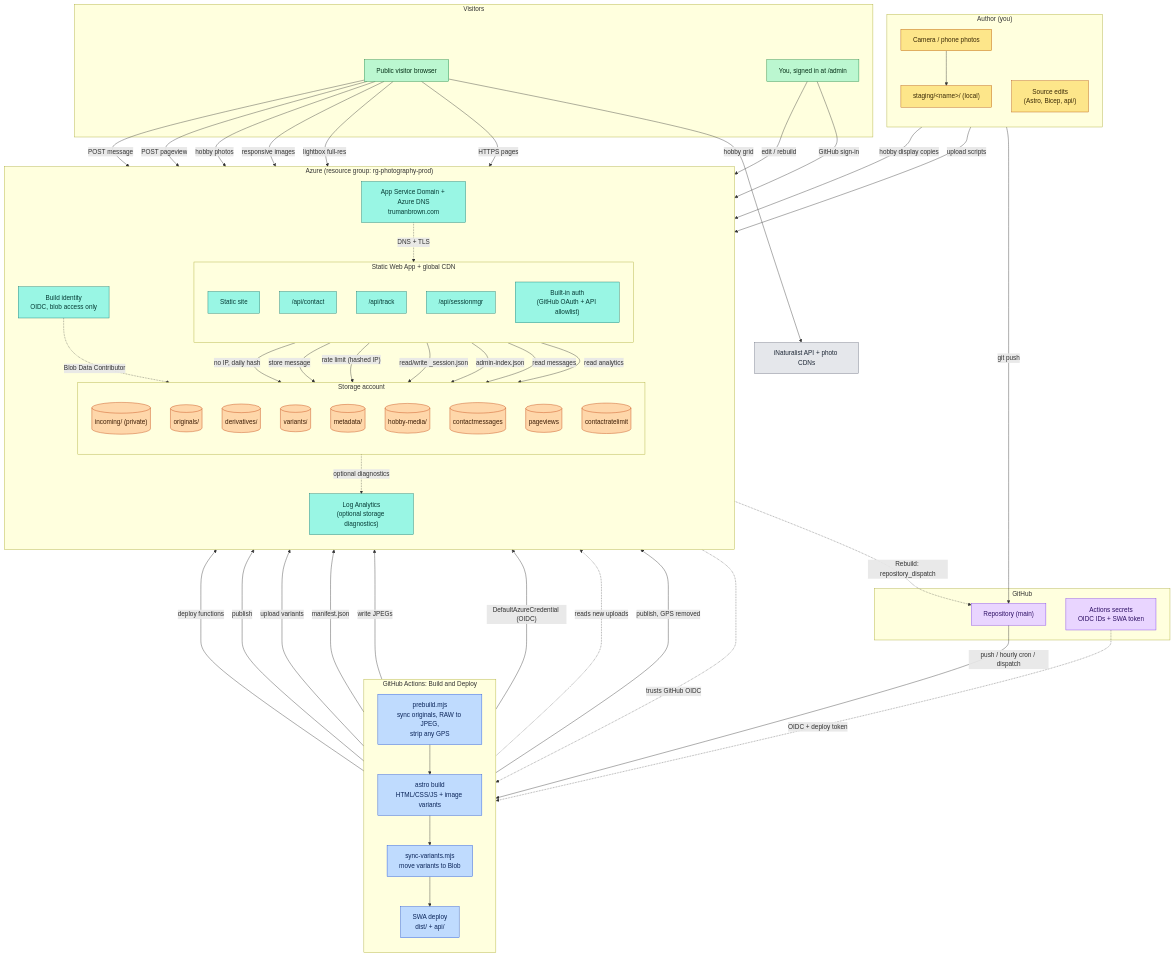
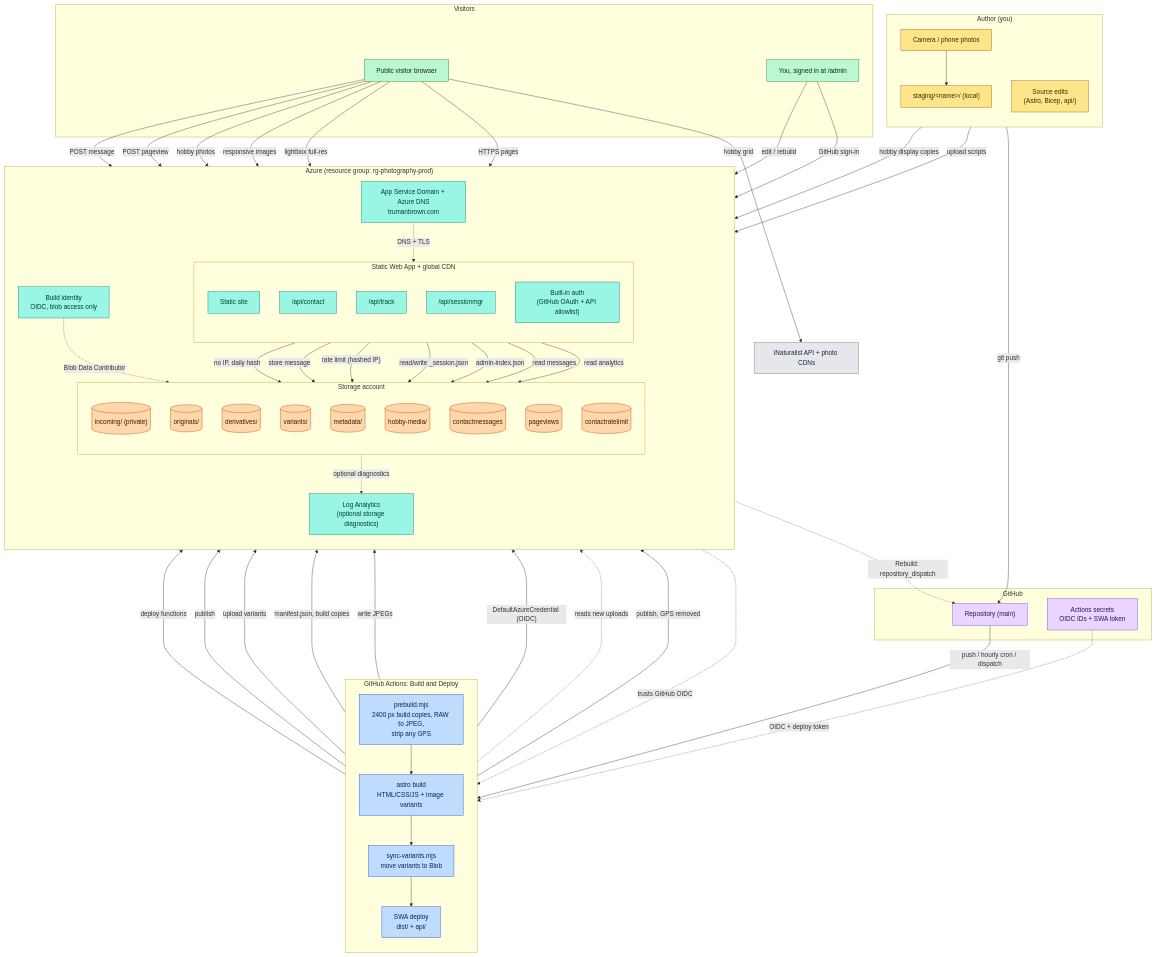
Before and after one commit to TrumanBrown/photography-website: the first of 3 diagrams in docs/architecture.md, drawn with Mermaid. The commit also changed other lines of this file and 10 other files, not shown here.

```diff
--- a/docs/architecture.md
+++ b/docs/architecture.md
@@ -60,7 +60,7 @@
 
     subgraph CI["GitHub Actions: Build and Deploy"]
         direction TB
-        PRE["prebuild.mjs<br/>sync originals, RAW to JPEG,<br/>strip any GPS"]
+        PRE["prebuild.mjs<br/>2400 px build copies, RAW to JPEG,<br/>strip any GPS"]
         BUILD["astro build<br/>HTML/CSS/JS + image variants"]
         SYNCV["sync-variants.mjs<br/>move variants to Blob"]
         DEPLOY["SWA deploy<br/>dist/ + api/"]
@@ -112,7 +112,7 @@
     SECRETS -. "OIDC + deploy token" .-> CI
     PRE -- "DefaultAzureCredential (OIDC)" --> ORIG
     PRE -- "write JPEGs" --> DERIV
-    PRE -- "manifest.json" --> META
+    PRE -- "manifest.json, build copies" --> META
     SYNCV -- "upload variants" --> VAR
     DEPLOY -- "publish" --> STATIC
     DEPLOY -- "deploy functions" --> FCON
```
